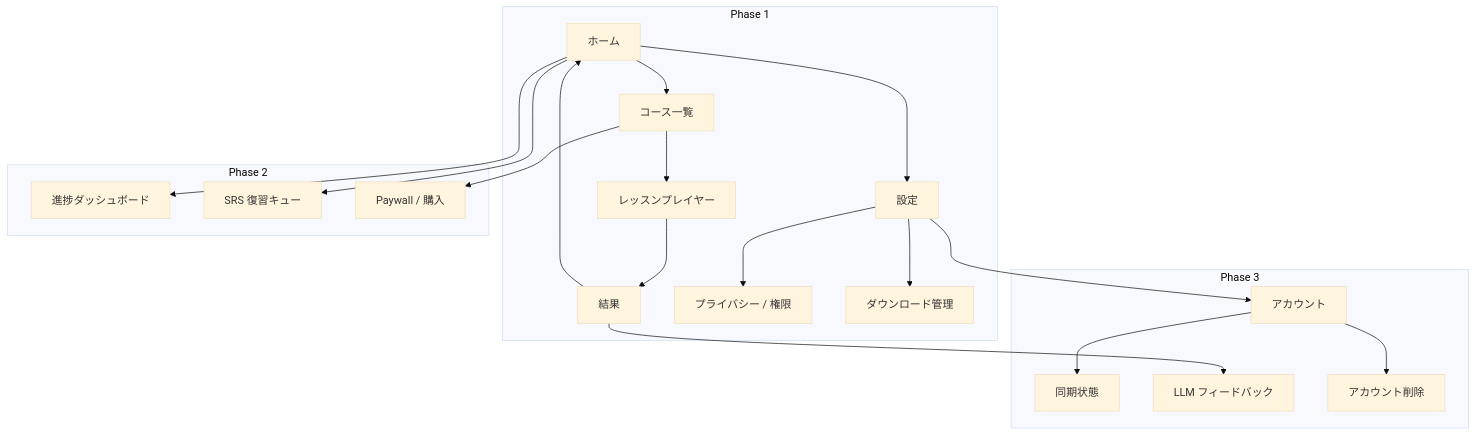
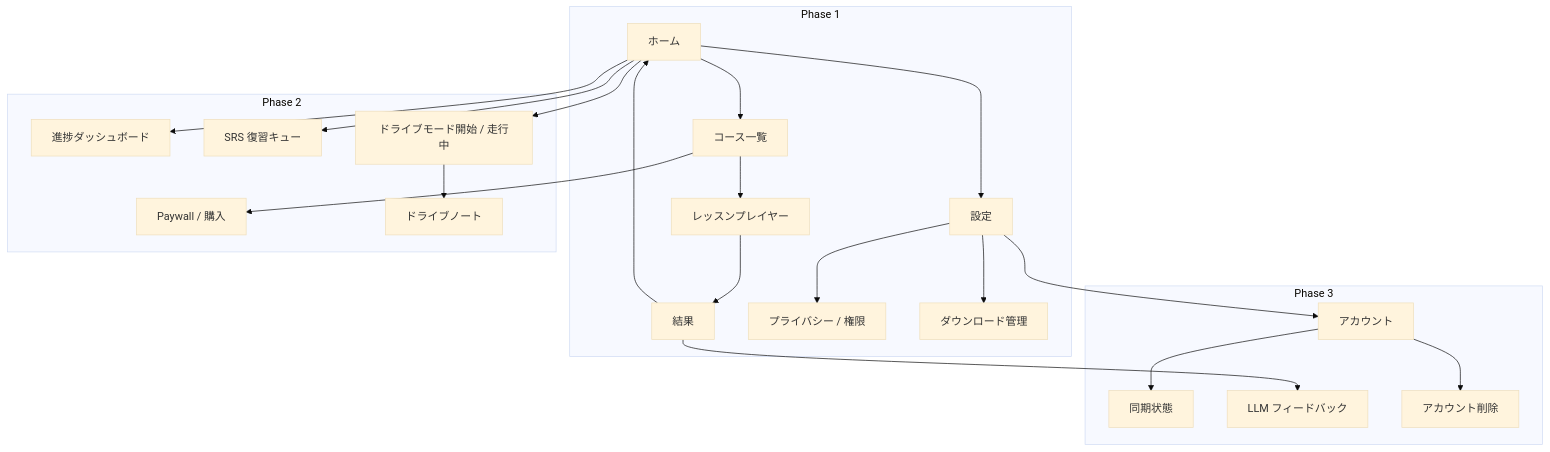
The fourth of 4 diagrams in docs/product-overview.md (Kyogo73/SnapSpeak), drawn with Mermaid (base theme) before and after one commit. The commit also changed other lines of this file and 78 other files, not shown here.

````diff
--- a/docs/product-overview.md
+++ b/docs/product-overview.md
@@ -246,37 +265,41 @@
 ```mermaid
 flowchart TB
   subgraph phase1 ["Phase 1"]
     Home["ホーム"]
     Catalog["コース一覧"]
     Lesson["レッスンプレイヤー"]
     Result["結果"]
     Settings["設定"]
     Privacy["プライバシー / 権限"]
     Downloads["ダウンロード管理"]
     Home --> Catalog
     Catalog --> Lesson
     Lesson --> Result
     Result --> Home
     Home --> Settings
     Settings --> Privacy
     Settings --> Downloads
   end
   subgraph phase2 ["Phase 2"]
     Dash["進捗ダッシュボード"]
     Review["SRS 復習キュー"]
     Paywall["Paywall / 購入"]
+    Drive["ドライブモード開始 / 走行中"]
+    DriveNote["ドライブノート"]
     Home --> Dash
     Home --> Review
+    Home --> Drive
+    Drive --> DriveNote
     Catalog --> Paywall
   end
   subgraph phase3 ["Phase 3"]
     Account["アカウント"]
     Sync["同期状態"]
     Feedback["LLM フィードバック"]
     DeleteAcc["アカウント削除"]
     Settings --> Account
     Account --> Sync
     Account --> DeleteAcc
     Result --> Feedback
   end
 ```
````
